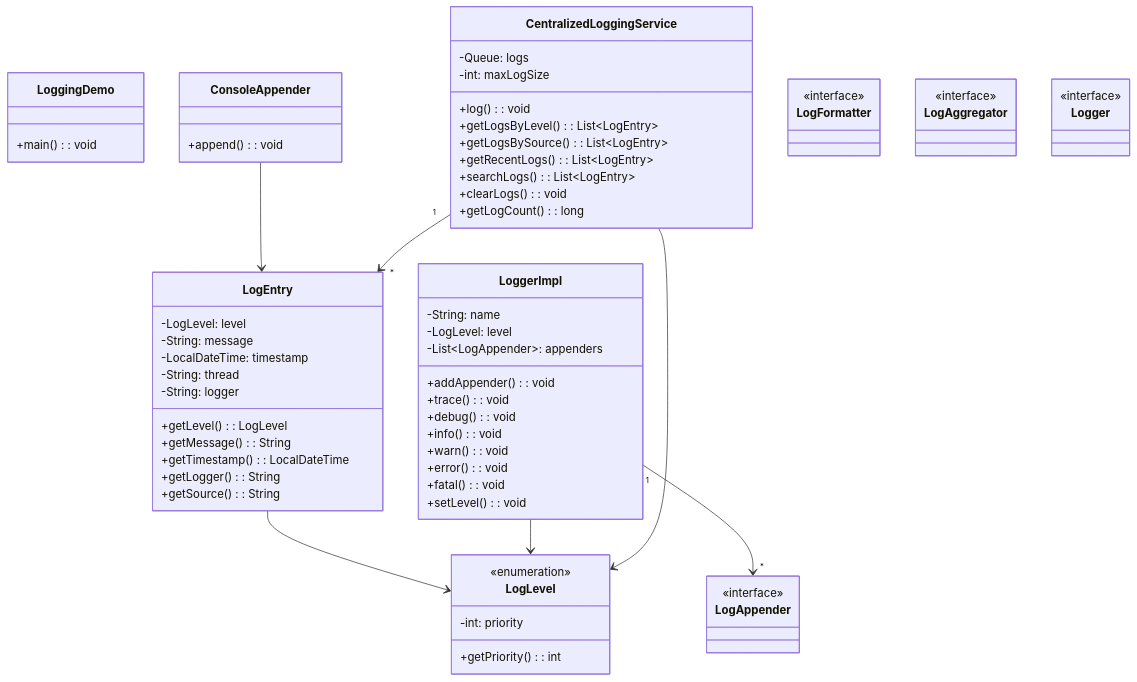
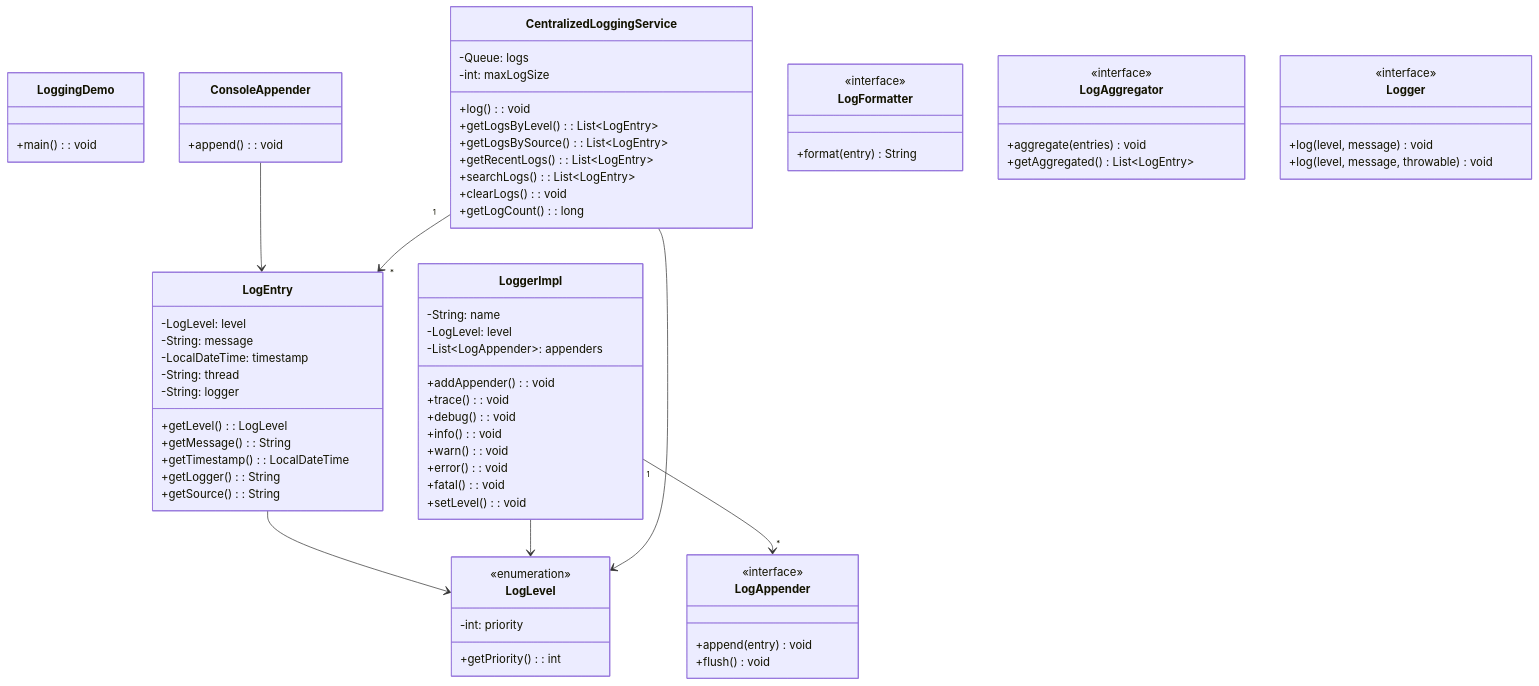
The diagram in docs/problems/logging/README.md (dlkr18/lld-playbook), drawn with Mermaid before and after one commit. The commit also changed 54 other files, not shown here.

```diff
--- a/docs/problems/logging/README.md
+++ b/docs/problems/logging/README.md
@@ -85,6 +85,8 @@
 
     class LogAppender {
         <<interface>>
+        +append(entry) void
+        +flush() void
     }
 
     class CentralizedLoggingService {
@@ -115,6 +117,7 @@
 
     class LogFormatter {
         <<interface>>
+        +format(entry) String
     }
 
     class LogEntry {
@@ -138,10 +141,14 @@
 
     class LogAggregator {
         <<interface>>
+        +aggregate(entries) void
+        +getAggregated() List~LogEntry~
     }
 
     class Logger {
         <<interface>>
+        +log(level, message) void
+        +log(level, message, throwable) void
     }
 
     LogEntry --> LogLevel
```
